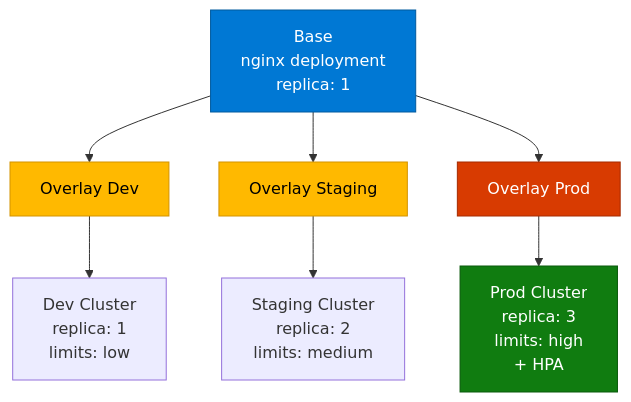
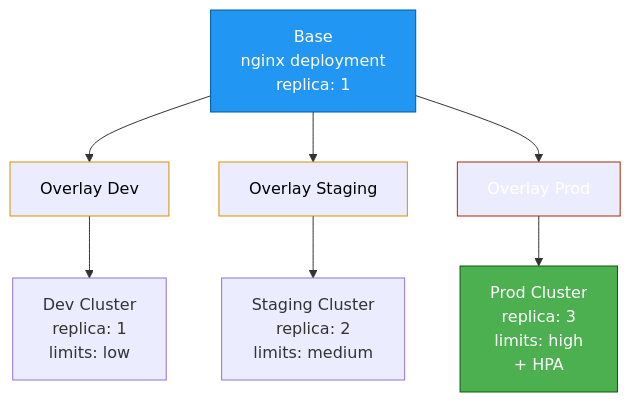
The diagram in docs/devops/kubernetes-kustomize.md (VBlackJack/ShellBook), drawn with Mermaid before and after one commit. The commit also changed other lines of this file and 337 other files, not shown here.

First line of the commit message:
refactor(docs): Standardize code blocks and Mermaid colors

````diff
--- a/docs/devops/kubernetes-kustomize.md
+++ b/docs/devops/kubernetes-kustomize.md
@@ -37,16 +37,16 @@
 ```mermaid
 graph TD
     A[Base<br/>nginx deployment<br/>replica: 1] --> C[Overlay Dev]
     A --> D[Overlay Staging]
     A --> E[Overlay Prod]
 
     C --> F[Dev Cluster<br/>replica: 1<br/>limits: low]
     D --> G[Staging Cluster<br/>replica: 2<br/>limits: medium]
     E --> H[Prod Cluster<br/>replica: 3<br/>limits: high<br/>+ HPA]
 
-    style A fill:#0078d4,stroke:#005a9e,color:#fff
-    style C fill:#ffb900,stroke:#d39300,color:#000
-    style D fill:#ffb900,stroke:#d39300,color:#000
-    style E fill:#d83b01,stroke:#a52a00,color:#fff
-    style H fill:#107c10,stroke:#0b5a0d,color:#fff
+    style A fill:#2196F3,stroke:#005a9e,color:#fff
+    style C fill:#FF9800800800,stroke:#d39300,color:#000
+    style D fill:#FF9800800800,stroke:#d39300,color:#000
+    style E fill:#FF9800800800,stroke:#a52a00,color:#fff
+    style H fill:#4CAF50,stroke:#0b5a0d,color:#fff
 ```
````
